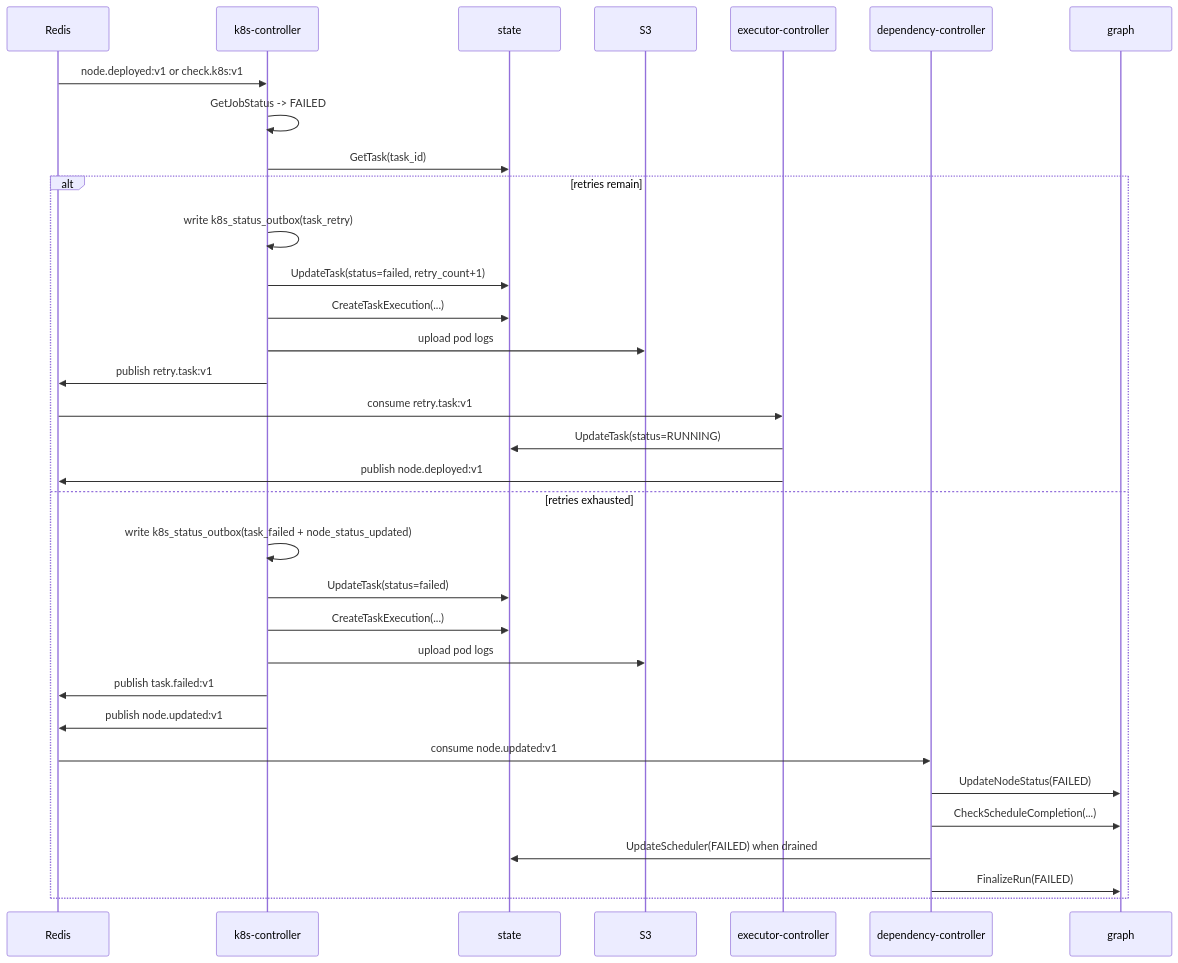
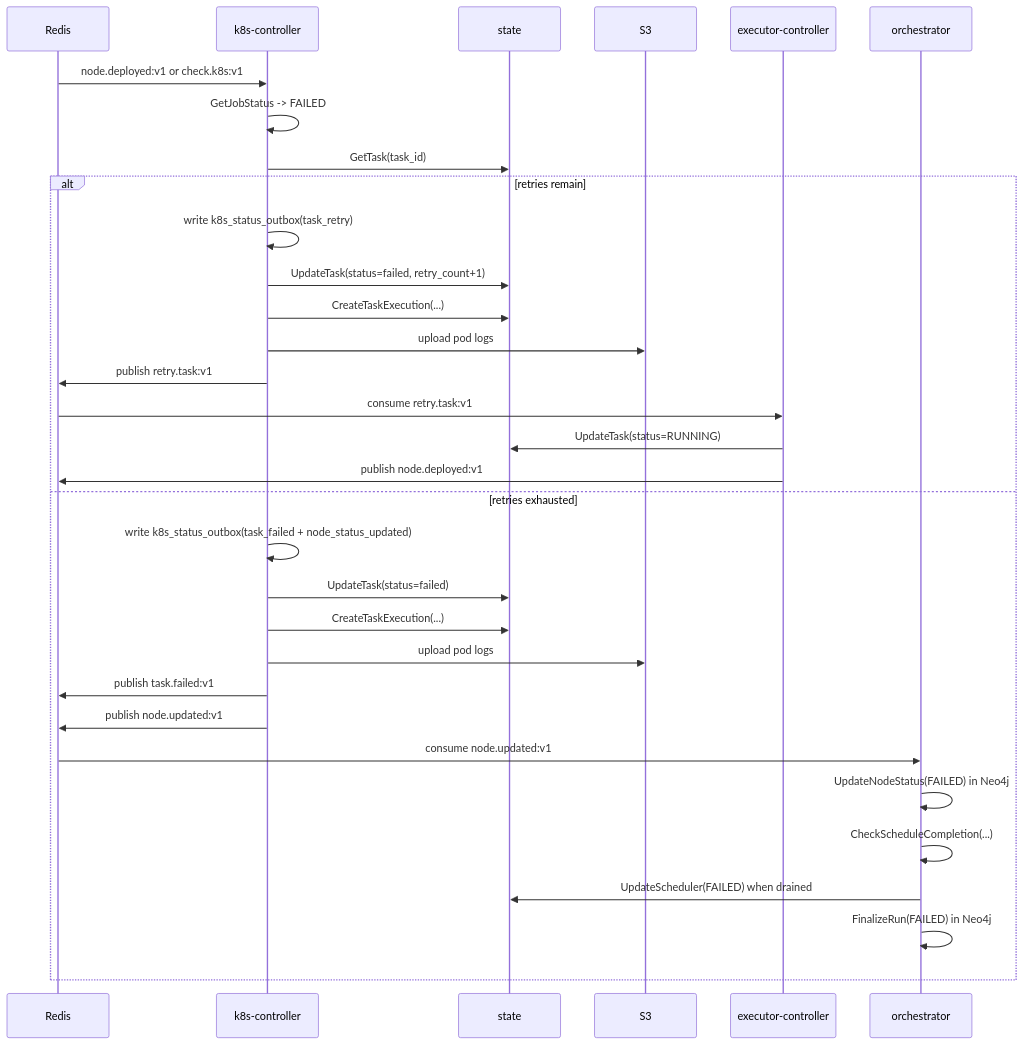
The third of 5 diagrams in docs/arch/03-sequence-flows.md (carolsimone/continuo), drawn with Mermaid before and after one commit. The commit also changed other lines of this file and 108 other files, not shown here.

First line of the commit message:
refactor: delete graph and dependency-controller, replace with orchestrator

````diff
--- a/docs/arch/03-sequence-flows.md
+++ b/docs/arch/03-sequence-flows.md
@@ -69,36 +70,35 @@
 ```mermaid
 sequenceDiagram
   participant R as Redis
   participant KC as k8s-controller
   participant ST as state
   participant S3 as S3
   participant EC as executor-controller
-  participant DC as dependency-controller
-  participant GR as graph
+  participant OR as orchestrator
 
   R->>KC: node.deployed:v1 or check.k8s:v1
   KC->>KC: GetJobStatus -> FAILED
   KC->>ST: GetTask(task_id)
   alt retries remain
     KC->>KC: write k8s_status_outbox(task_retry)
     KC->>ST: UpdateTask(status=failed, retry_count+1)
     KC->>ST: CreateTaskExecution(...)
     KC->>S3: upload pod logs
     KC->>R: publish retry.task:v1
     R->>EC: consume retry.task:v1
     EC->>ST: UpdateTask(status=RUNNING)
     EC->>R: publish node.deployed:v1
   else retries exhausted
     KC->>KC: write k8s_status_outbox(task_failed + node_status_updated)
     KC->>ST: UpdateTask(status=failed)
     KC->>ST: CreateTaskExecution(...)
     KC->>S3: upload pod logs
     KC->>R: publish task.failed:v1
     KC->>R: publish node.updated:v1
-    R->>DC: consume node.updated:v1
-    DC->>GR: UpdateNodeStatus(FAILED)
-    DC->>GR: CheckScheduleCompletion(...)
-    DC->>ST: UpdateScheduler(FAILED) when drained
-    DC->>GR: FinalizeRun(FAILED)
+    R->>OR: consume node.updated:v1
+    OR->>OR: UpdateNodeStatus(FAILED) in Neo4j
+    OR->>OR: CheckScheduleCompletion(...)
+    OR->>ST: UpdateScheduler(FAILED) when drained
+    OR->>OR: FinalizeRun(FAILED) in Neo4j
   end
 ```
````
